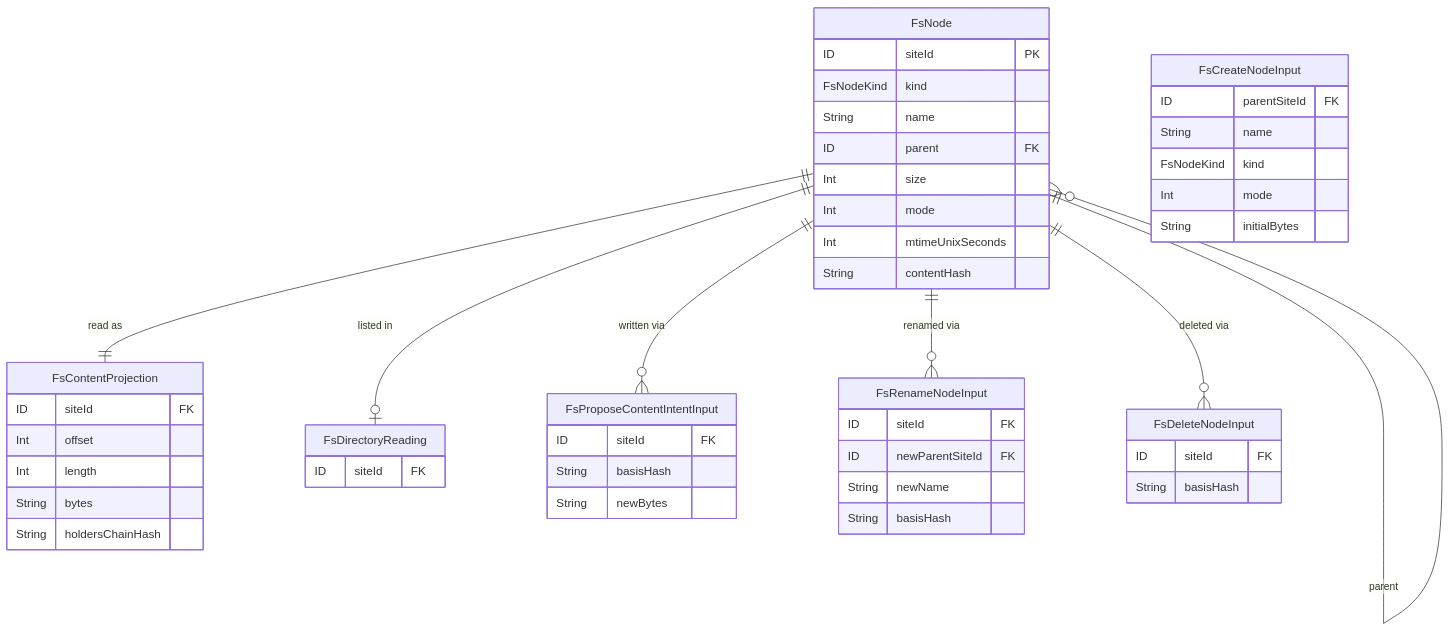
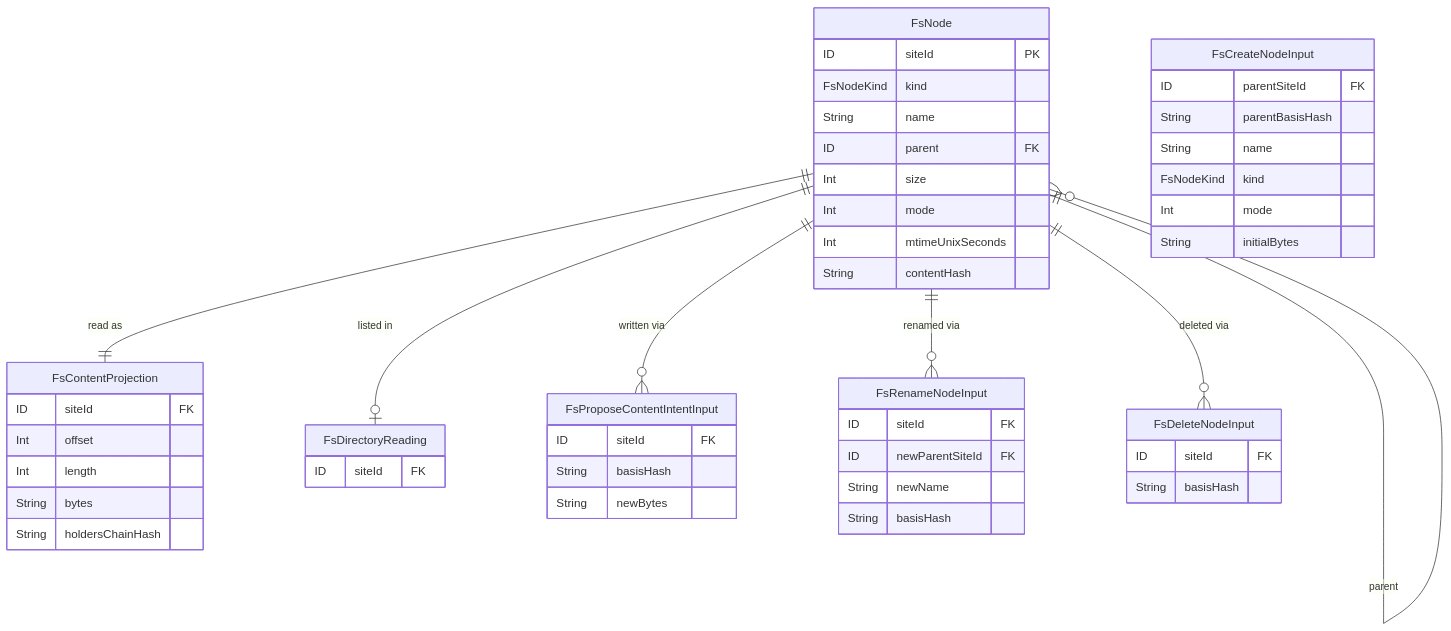
The second of 8 diagrams in docs/IMPLEMENTATION_PLAN.md (flyingrobots/warp-drive), drawn with Mermaid before and after one commit. The commit also changed other lines of this file and 1 other file, not shown here.

````diff
--- a/docs/IMPLEMENTATION_PLAN.md
+++ b/docs/IMPLEMENTATION_PLAN.md
@@ -252,51 +271,52 @@
 ```mermaid
 erDiagram
     FsNode {
         ID siteId PK
         FsNodeKind kind
         String name
         ID parent FK
         Int size
         Int mode
         Int mtimeUnixSeconds
         String contentHash
     }
     FsContentProjection {
         ID siteId FK
         Int offset
         Int length
         String bytes
         String holdersChainHash
     }
     FsDirectoryReading {
         ID siteId FK
     }
     FsProposeContentIntentInput {
         ID siteId FK
         String basisHash
         String newBytes
     }
     FsCreateNodeInput {
         ID parentSiteId FK
+        String parentBasisHash
         String name
         FsNodeKind kind
         Int mode
         String initialBytes
     }
     FsRenameNodeInput {
         ID siteId FK
         ID newParentSiteId FK
         String newName
         String basisHash
     }
     FsDeleteNodeInput {
         ID siteId FK
         String basisHash
     }
     FsNode ||--o{ FsNode : "parent"
     FsNode ||--|| FsContentProjection : "read as"
     FsNode ||--o| FsDirectoryReading : "listed in"
     FsNode ||--o{ FsProposeContentIntentInput : "written via"
     FsNode ||--o{ FsRenameNodeInput : "renamed via"
     FsNode ||--o{ FsDeleteNodeInput : "deleted via"
 ```
````
